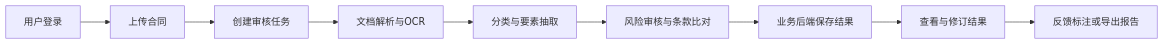
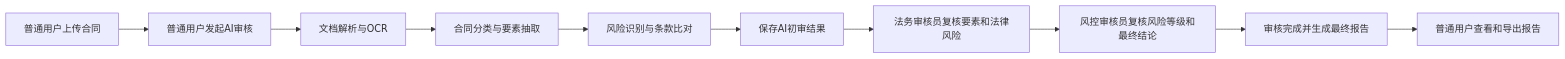
One commit to liuziwen168/A24-Contract-Audit changed the diagram in docs/01-需求与功能清单.md. Above: the diagram before and after it, drawn with Mermaid. The commit also changed other lines of this file and 8 other files, not shown here.

````diff
--- a/docs/01-需求与功能清单.md
+++ b/docs/01-需求与功能清单.md
@@ -35,11 +38,12 @@
 ```mermaid
 flowchart LR
-    A[用户登录] --> B[上传合同]
-    B --> C[创建审核任务]
-    C --> D[文档解析与OCR]
-    D --> E[分类与要素抽取]
-    E --> F[风险审核与条款比对]
-    F --> G[业务后端保存结果]
-    G --> H[查看与修订结果]
-    H --> I[反馈标注或导出报告]
+    A[普通用户上传合同] --> B[普通用户发起AI审核]
+    B --> C[文档解析与OCR]
+    C --> D[合同分类与要素抽取]
+    D --> E[风险识别与条款比对]
+    E --> F[保存AI初审结果]
+    F --> G[法务审核员复核要素和法律风险]
+    G --> H[风控审核员复核风险等级和最终结论]
+    H --> I[审核完成并生成最终报告]
+    I --> J[普通用户查看和导出报告]
 ```
````
